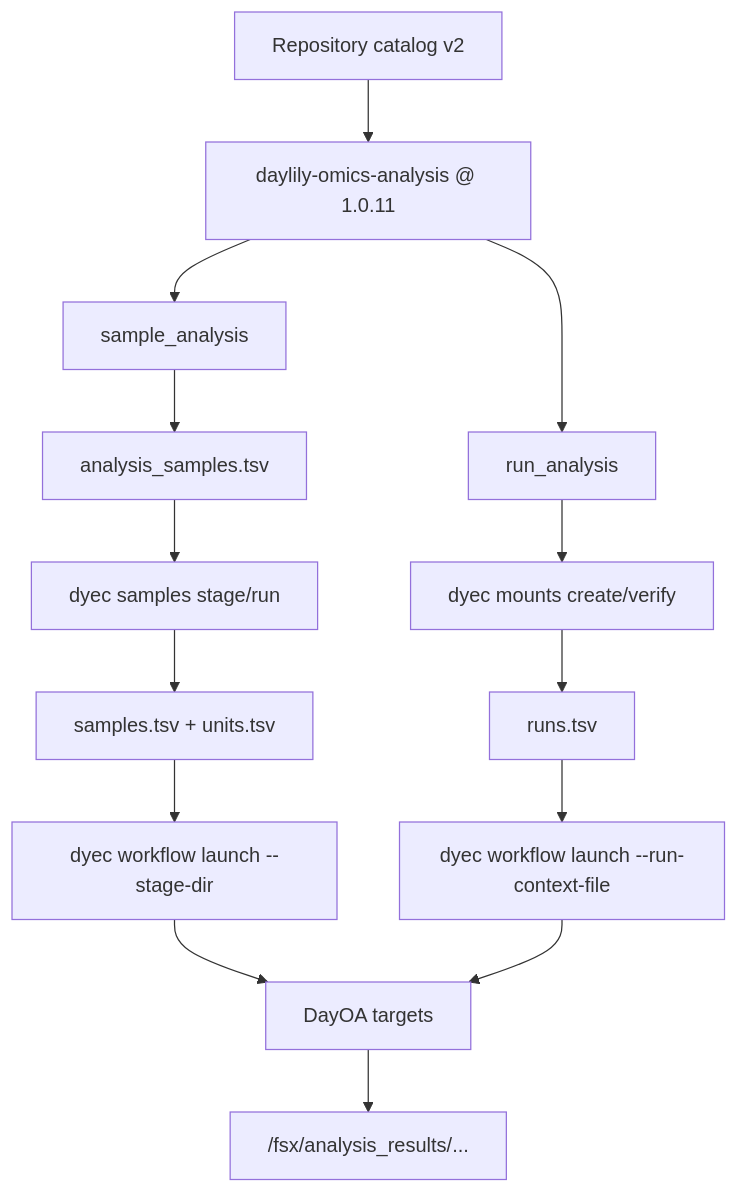
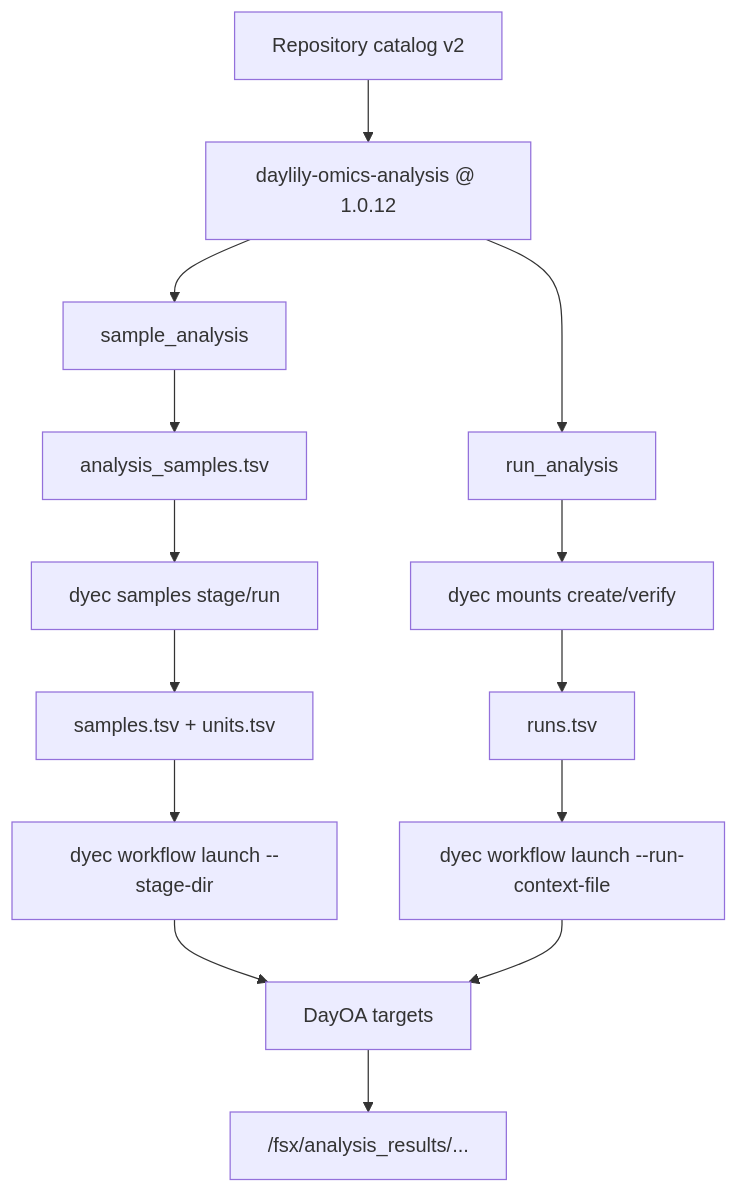
The third of 3 diagrams in docs/dra_fsx_strategy.md (Daylily-Informatics/daylily-ephemeral-cluster), drawn with Mermaid before and after one commit. The commit also changed other lines of this file and 16 other files, not shown here.

````diff
--- a/docs/dra_fsx_strategy.md
+++ b/docs/dra_fsx_strategy.md
@@ -79,19 +79,19 @@
 ```mermaid
 flowchart TB
-  Catalog["Repository catalog v2"] --> Repo["daylily-omics-analysis @ 1.0.11"]
+  Catalog["Repository catalog v2"] --> Repo["daylily-omics-analysis @ 1.0.12"]
   Repo --> Sample["sample_analysis"]
   Repo --> Run["run_analysis"]
 
   Sample --> Manifest["analysis_samples.tsv"]
   Manifest --> Stage["dyec samples stage/run"]
   Stage --> TSV["samples.tsv + units.tsv"]
   TSV --> LaunchA["dyec workflow launch --stage-dir"]
 
   Run --> Mount["dyec mounts create/verify"]
   Mount --> Runs["runs.tsv"]
   Runs --> LaunchB["dyec workflow launch --run-context-file"]
 
   LaunchA --> DayOA["DayOA targets"]
   LaunchB --> DayOA
   DayOA --> Results["/fsx/analysis_results/..."]
 ```
````
